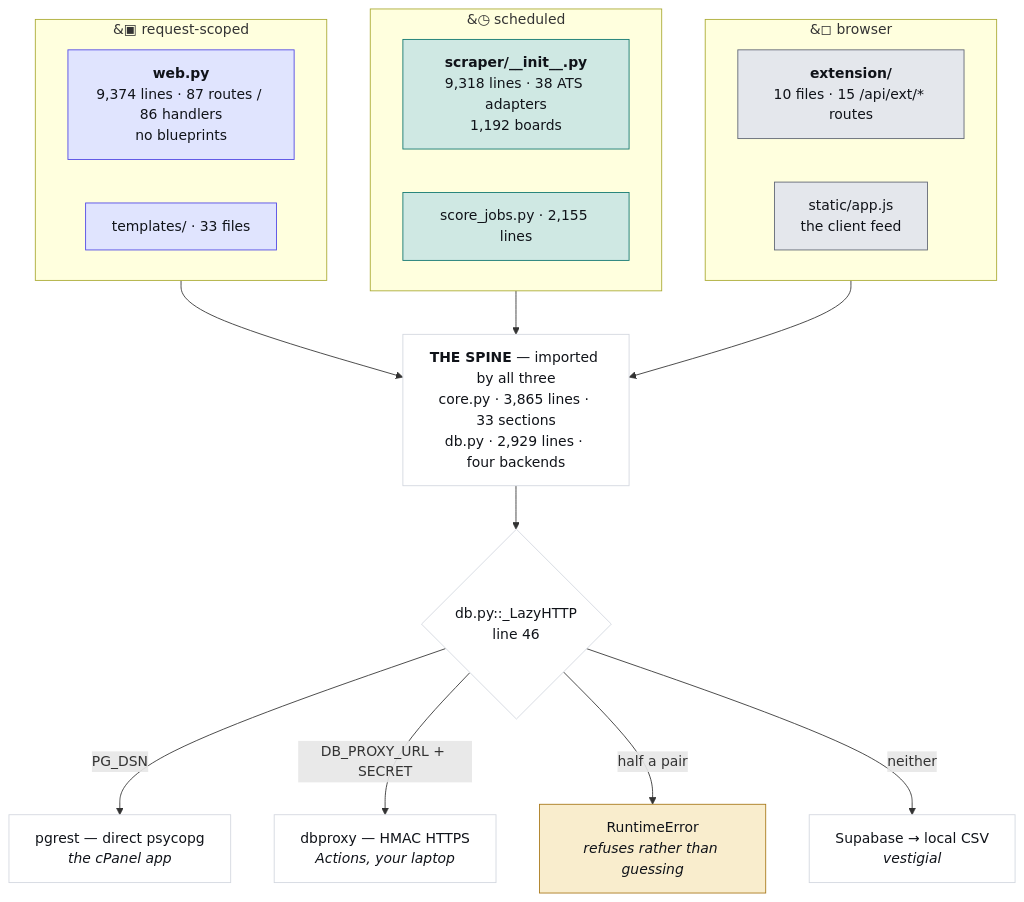
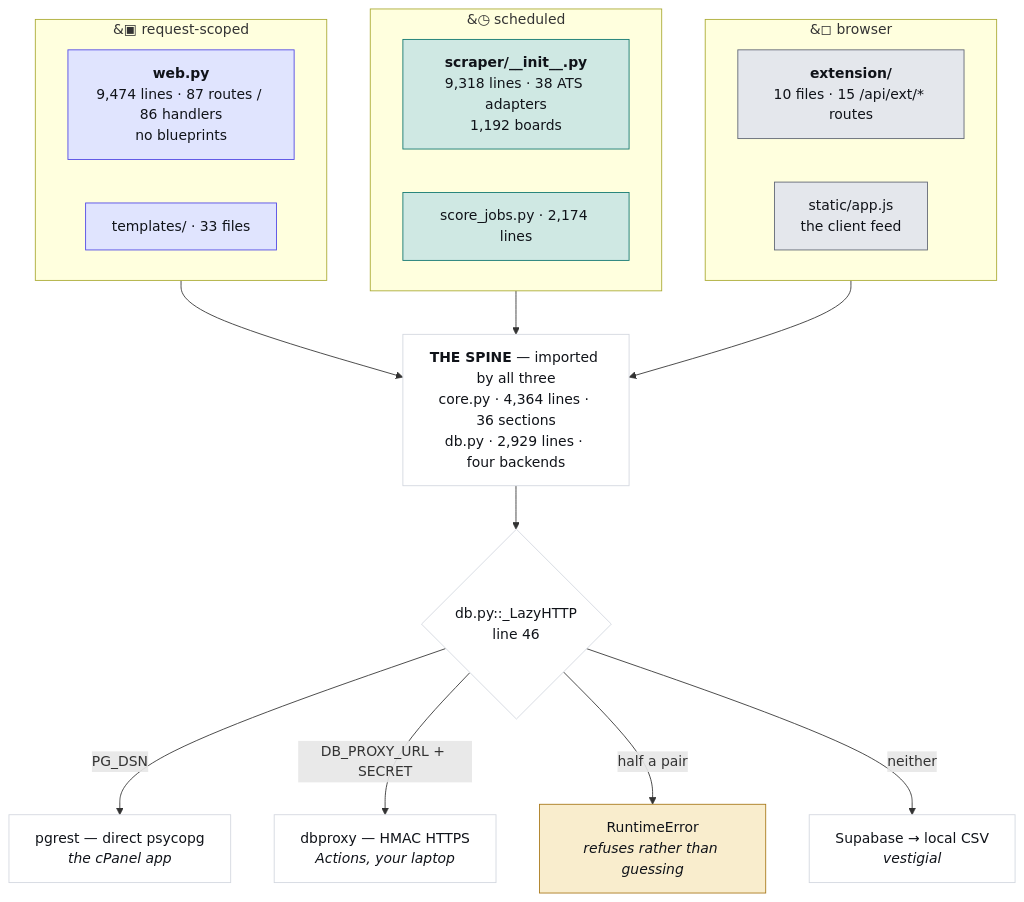
Before and after one commit to hadakunal909-debug/job-search-tool: the first of 4 diagrams in JobMatch Scraper/docs/ARCHITECTURE.md, drawn with Mermaid. The commit also changed other lines of this file and 19 other files, not shown here.

````diff
--- a/JobMatch Scraper/docs/ARCHITECTURE.md
+++ b/JobMatch Scraper/docs/ARCHITECTURE.md
@@ -45,34 +45,34 @@
 ```mermaid
 flowchart TB
   subgraph REQ["&#9635; request-scoped"]
-    W["<b>web.py</b><br/>9,374 lines · 87 routes / 86 handlers<br/>no blueprints"]
+    W["<b>web.py</b><br/>9,474 lines · 87 routes / 86 handlers<br/>no blueprints"]
     T["templates/ · 33 files"]
   end
   subgraph SCH["&#9719; scheduled"]
     S["<b>scraper/__init__.py</b><br/>9,318 lines · 38 ATS adapters<br/>1,192 boards"]
-    J["score_jobs.py · 2,155 lines"]
+    J["score_jobs.py · 2,174 lines"]
   end
   subgraph CLI["&#9723; browser"]
     E["<b>extension/</b><br/>10 files · 15 /api/ext/* routes"]
     A["static/app.js<br/>the client feed"]
   end
-  SPINE["<b>THE SPINE</b> — imported by all three<br/>core.py · 3,865 lines · 33 sections<br/>db.py · 2,929 lines · four backends"]
+  SPINE["<b>THE SPINE</b> — imported by all three<br/>core.py · 4,364 lines · 36 sections<br/>db.py · 2,929 lines · four backends"]
   REQ --> SPINE
   SCH --> SPINE
   CLI --> SPINE
   SPINE --> D{"db.py::_LazyHTTP<br/>line 46"}
   D -->|"PG_DSN"| P["pgrest — direct psycopg<br/><i>the cPanel app</i>"]
   D -->|"DB_PROXY_URL + SECRET"| X["dbproxy — HMAC HTTPS<br/><i>Actions, your laptop</i>"]
   D -->|"half a pair"| R["RuntimeError<br/><i>refuses rather than guessing</i>"]
   D -->|"neither"| V["Supabase → local CSV<br/><i>vestigial</i>"]
   classDef web fill:#e0e4fe,stroke:#4f46e5,color:#101319
   classDef sched fill:#cfe8e3,stroke:#0f766e,color:#101319
   classDef client fill:#e4e7ec,stroke:#5f6573,color:#101319
   classDef trap fill:#f9edcd,stroke:#a8781a,color:#101319
   classDef plain fill:#ffffff,stroke:#d3d7df,color:#101319
   class W,T web
   class S,J sched
   class E,A client
   class R trap
   class SPINE,D,P,X,V plain
 ```
````
